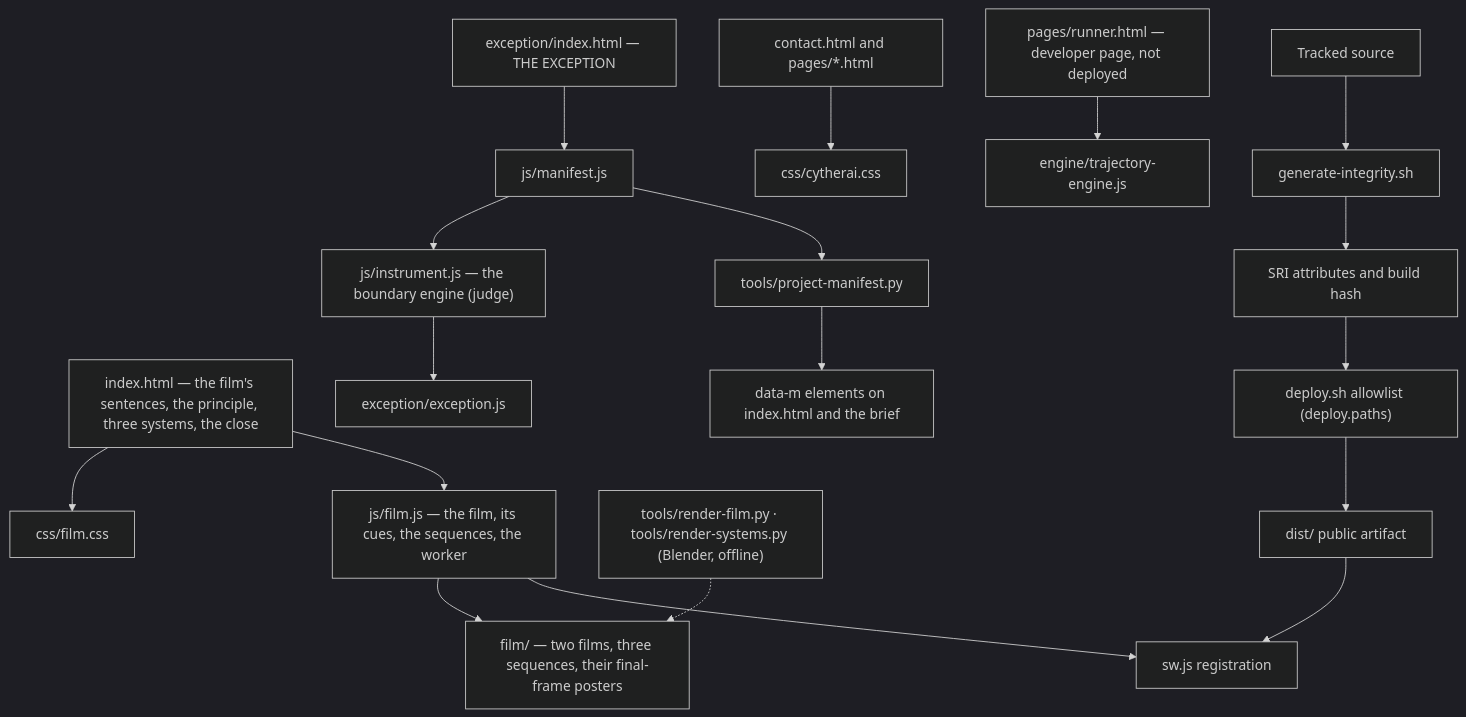
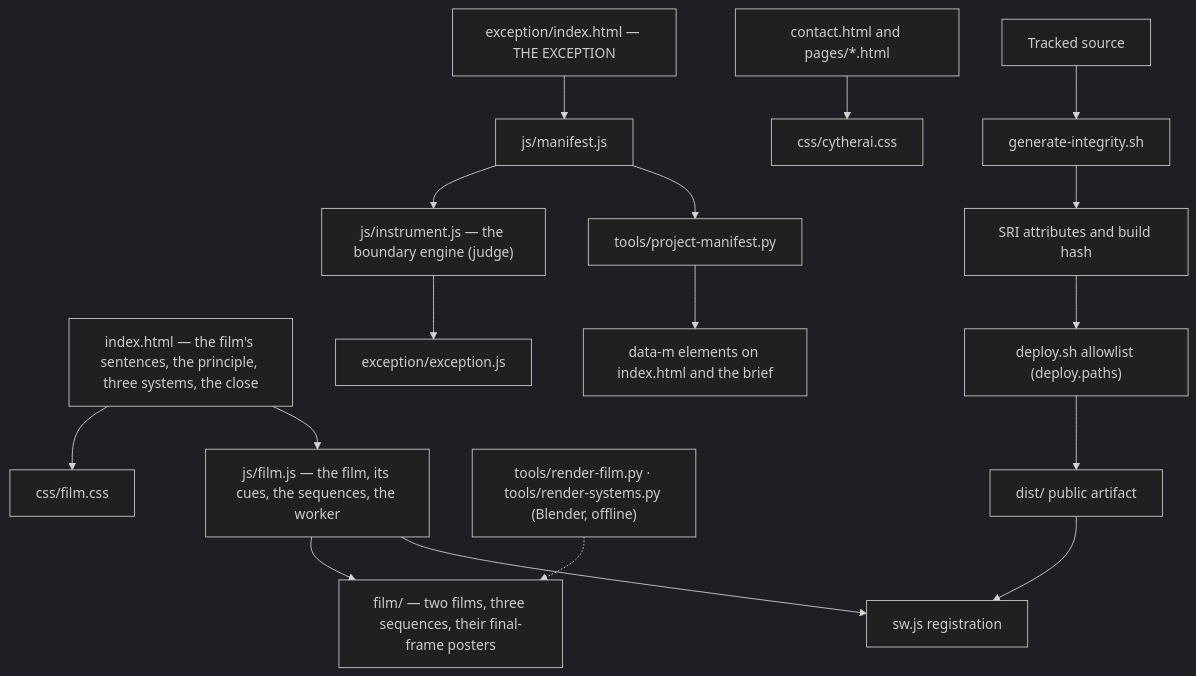
The diagram in docs/architecture.md (AethersDev/CytherAI), drawn with Mermaid (dark theme) before and after one commit. The commit also changed other lines of this file and 62 other files, not shown here.

````diff
--- a/docs/architecture.md
+++ b/docs/architecture.md
@@ -21,23 +21,22 @@
 ```mermaid
 flowchart TD
   I["index.html — the film's sentences, the principle, three systems, the close"] --> CSS2["css/film.css"]
   I --> F["js/film.js — the film, its cues, the sequences, the worker"]
   F --> MED["film/ — two films, three sequences, their final-frame posters"]
   F --> SW["sw.js registration"]
   RF["tools/render-film.py · tools/render-systems.py (Blender, offline)"] -.-> MED
 
   X["exception/index.html — THE EXCEPTION"] --> M["js/manifest.js"]
   M --> B["js/instrument.js — the boundary engine (judge)"]
   B --> XE["exception/exception.js"]
 
   P["contact.html and pages/*.html"] --> CSS["css/cytherai.css"]
-  R["pages/runner.html — developer page, not deployed"] --> E["engine/trajectory-engine.js"]
 
   SRC["Tracked source"] --> SRI["generate-integrity.sh"]
   SRI --> ID["SRI attributes and build hash"]
   ID --> DEP["deploy.sh allowlist (deploy.paths)"]
   DEP --> DIST["dist/ public artifact"]
   DIST --> SW
 
   M --> PM["tools/project-manifest.py"] --> DM["data-m elements on index.html and the brief"]
 ```
````
